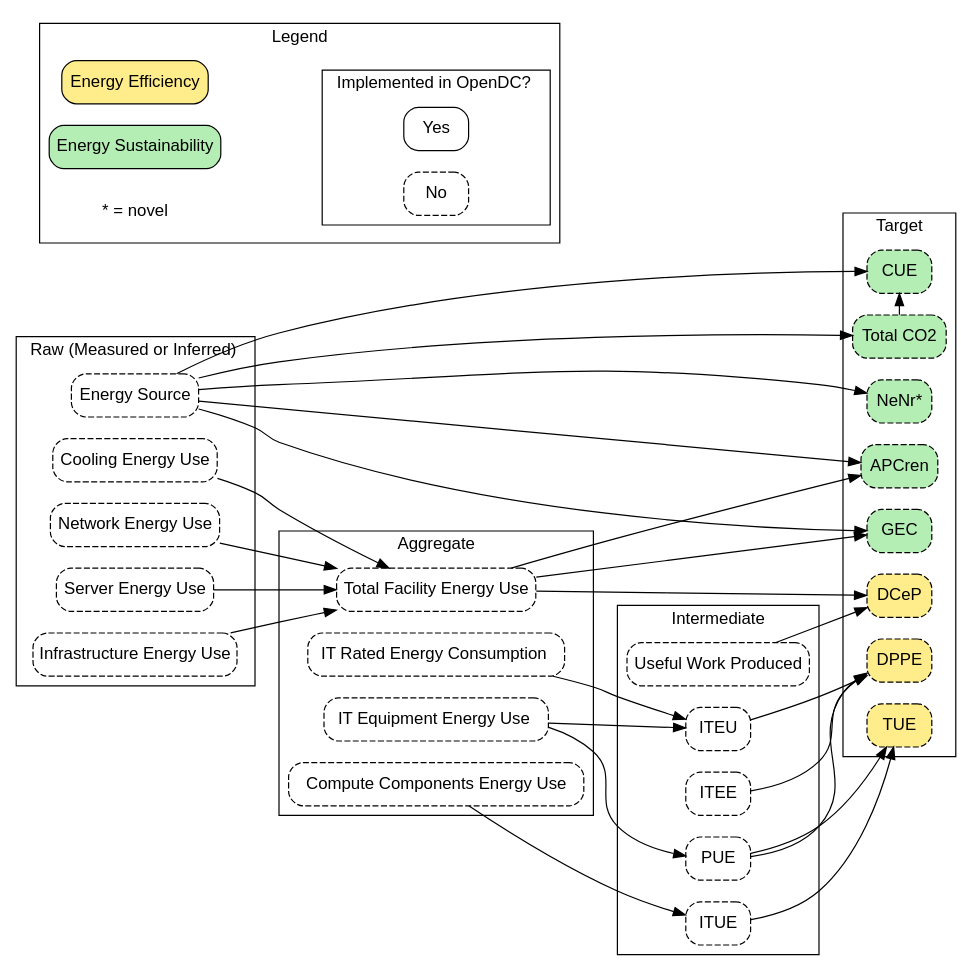
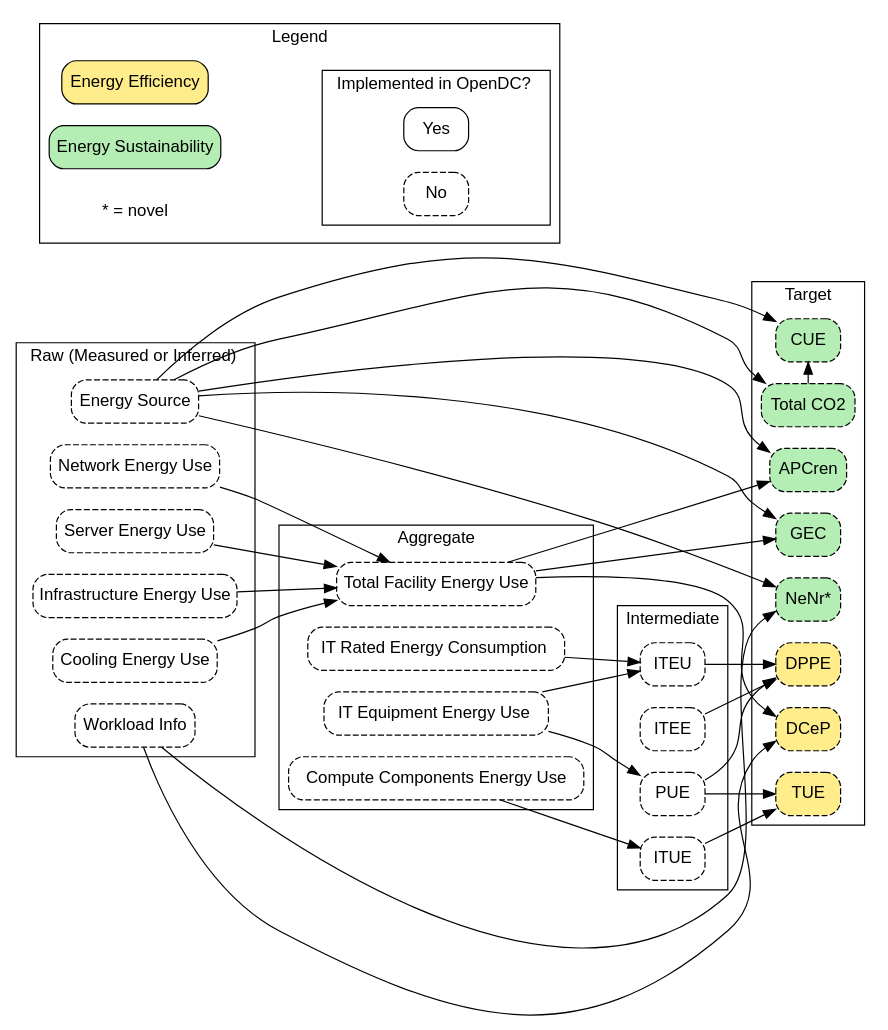
The diagram in metrics.gv (philippsommer27/energy-efficiency-metrics-graph), drawn with Graphviz before and after one commit.

```diff
--- a/metrics.gv
+++ b/metrics.gv
@@ -1,98 +1,99 @@
 digraph {
     rankdir=LR
     fontname="Helvetica,Arial,sans-serif"
     node [fontname="Helvetica,Arial,sans-serif"]
     edge [fontname="Helvetica,Arial,sans-serif"]
     node [shape=box, style="rounded, dashed"]
 
     subgraph  cluster_raw {
         label = "  Raw (Measured or Inferred)  "
         energy_s [label="Energy Source"]
         cooling_e [label="Cooling Energy Use"]
         network_e [label="Network Energy Use"]
         server_e [label="Server Energy Use"]
         infra_e [label="Infrastructure Energy Use"]
+        wl_info [label="Workload Info"]
     }
 
     subgraph  cluster_aggregates {
         label = "Aggregate"
         tfe [label="Total Facility Energy Use"]
         itqe [label="  IT Equipment Energy Use  "]
         itre [label="  IT Rated Energy Consumption  "]
         compute_e [label="   Compute Components Energy Use  "]
     }
 
     subgraph cluster_intermediate {
         label = "Intermediate"
         ITUE [tooltip="IT-Power Usage Effectiveness"]
         ITEU [tooltip="IT Equipment Utilization", 
         URL="https://home.jeita.or.jp/greenit-pc/topics/release/pdf/dppe_e_DPPE_Measurement_Guidelines.pdf"]
         ITEE [tooltip="IT Equipment Energy",
         URL="https://home.jeita.or.jp/greenit-pc/topics/release/pdf/dppe_e_DPPE_Measurement_Guidelines.pdf"]
-        useful_w [label="Useful Work Produced"]
         PUE [tooltip="Power Usage Effectiveness "]
     }
 
     subgraph cluster_target_energy {
         label = "Target"
         APCren [tooltip="Adaptability Power Curve at Renewable Energies", style="filled, rounded, dashed", fillcolor=darkseagreen2,
             URL ="https://www.smartcitiescluster.eu/publications/FP7ProjectCluster-NewEnergyEfficiencyMetricsforDataCentres-task3.pdf"]
         TUE [tooltip="Total Power Usage Effectiveness", style="filled, rounded, dashed", fillcolor=lightgoldenrod1]
         DPPE [tooltip="Data Center Performance Per Energy" , style="filled, rounded, dashed", fillcolor=lightgoldenrod1,
             URL="https://home.jeita.or.jp/greenit-pc/topics/release/pdf/dppe_e_DPPE_Measurement_Guidelines.pdf"]
         GEC [tooltip="Green Energy Coefficient", style="filled, rounded, dashed", fillcolor=darkseagreen2,
             URL="https://home.jeita.or.jp/greenit-pc/topics/release/pdf/dppe_e_DPPE_Measurement_Guidelines.pdf"]
         CUE [tooltip="Carbon Usage Effectiveness", style="filled, rounded, dashed", fillcolor=darkseagreen2,
             URL="https://airatwork.com/wp-content/uploads/The-Green-Grid-White-Paper-32-CUE-Usage-Guidelines.pdf"]
         CO2 [label="Total CO2", style="filled, rounded, dashed", fillcolor=darkseagreen2]
-        NENO [label="NeNr*" tooltip="Non-Essential Non-Renewable", style="filled, rounded, dashed", fillcolor=darkseagreen2]
+        NENR [label="NeNr*" tooltip="Non-Essential Non-Renewable", style="filled, rounded, dashed", fillcolor=darkseagreen2]
         DCeP [tooltip="Data Center Energy Productivity", style="filled, rounded, dashed", fillcolor=lightgoldenrod1,
             URL="https://dl.acm.org/doi/10.1145/2367736.2367741"]
     }
 
     cooling_e -> tfe
     network_e -> tfe
     server_e -> tfe
     infra_e -> tfe
 
     energy_s -> GEC
     energy_s -> CUE
     energy_s -> CO2
-    energy_s -> NENO
+    energy_s -> NENR
     energy_s -> APCren
 
     itre -> ITEU
     itqe -> PUE
     itqe -> ITEU
     compute_e -> ITUE
 
+    wl_info -> NENR
     tfe -> GEC
-    useful_w -> DCeP
+    wl_info -> DCeP
     tfe -> DCeP
     tfe -> APCren
     PUE -> TUE
     PUE -> DPPE
     ITEE -> DPPE
     ITEU -> DPPE
     ITUE -> TUE
     CO2 -> CUE [constraint=false]
 
 
     subgraph cluster_legend {
         rankdir = TB
         label="Legend"
         fontname="Helvetica,Arial,sans-serif"
         { rank=source; ee es novel };
         node [shape=box, style=rounded]
 
         es [label="Energy Sustainability", style="filled, rounded", fillcolor=darkseagreen2]
         ee [label="Energy Efficiency", style="filled, rounded", fillcolor=lightgoldenrod1]
         novel [label="* = novel", shape=plaintext]
 
         subgraph cluster_implemented {
             label="  Implemented in OpenDC?  "
             Yes []
             No [style="dashed, rounded"]
         }
     }
 }
```
